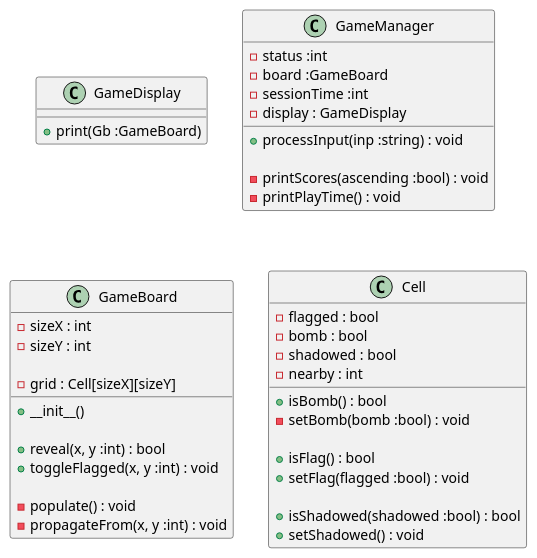
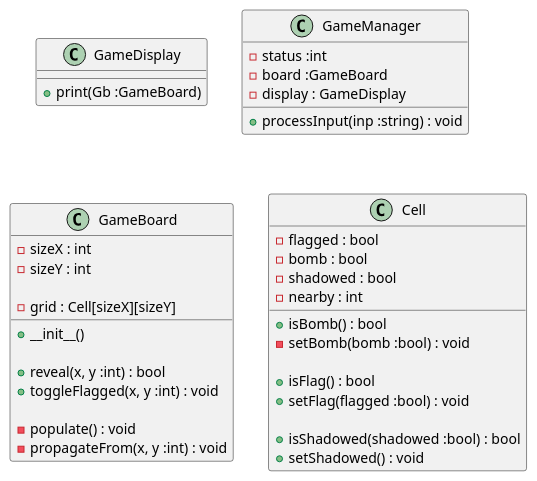
The diagram in demineur.plantuml (ifndev/demineur), drawn with PlantUML before and after one commit.

Commit message:
🔥 Remove everything statistics-related (atm)

```diff
--- a/demineur.plantuml
+++ b/demineur.plantuml
@@ -1,52 +1,48 @@
 @startuml
 class GameDisplay {
     +print(Gb :GameBoard)
 }
 
 class GameManager {
     -status :int
     -board :GameBoard
-    -sessionTime :int
     -display : GameDisplay
 
     +processInput(inp :string) : void
-
-    -printScores(ascending :bool) : void
-    -printPlayTime() : void
 }
 
 class GameBoard {
     -sizeX : int
     -sizeY : int
 
     -grid : Cell[sizeX][sizeY]
 
     +__init__()
 
     +reveal(x, y :int) : bool
     +toggleFlagged(x, y :int) : void
 
     -populate() : void
     -propagateFrom(x, y :int) : void
 
 }
 
 class Cell {
 
     -flagged : bool
     -bomb : bool
     -shadowed : bool
     -nearby : int
 
     +isBomb() : bool
     -setBomb(bomb :bool) : void
 
     +isFlag() : bool
     +setFlag(flagged :bool) : void
 
     +isShadowed(shadowed :bool) : bool
     +setShadowed() : void
 
 }
 
 @enduml
```
